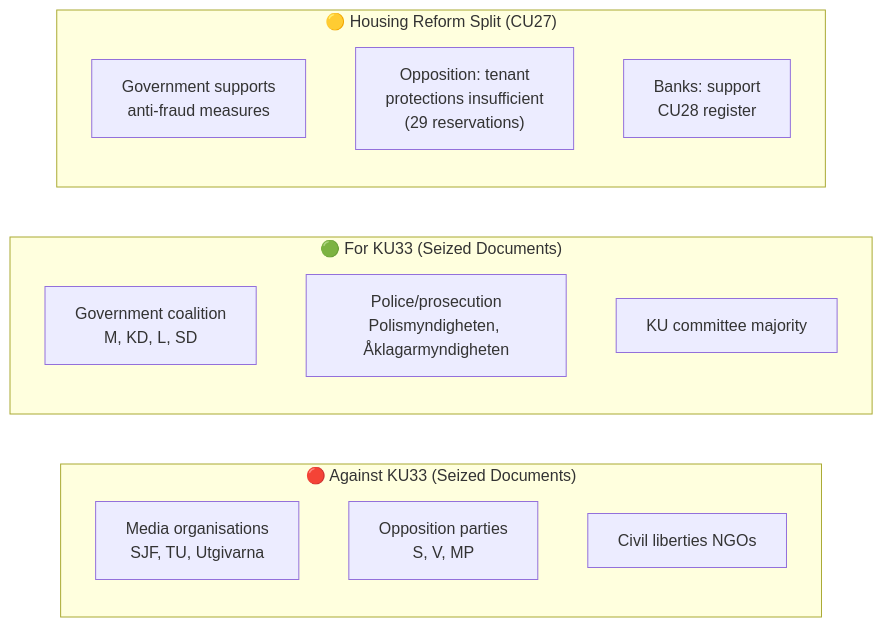
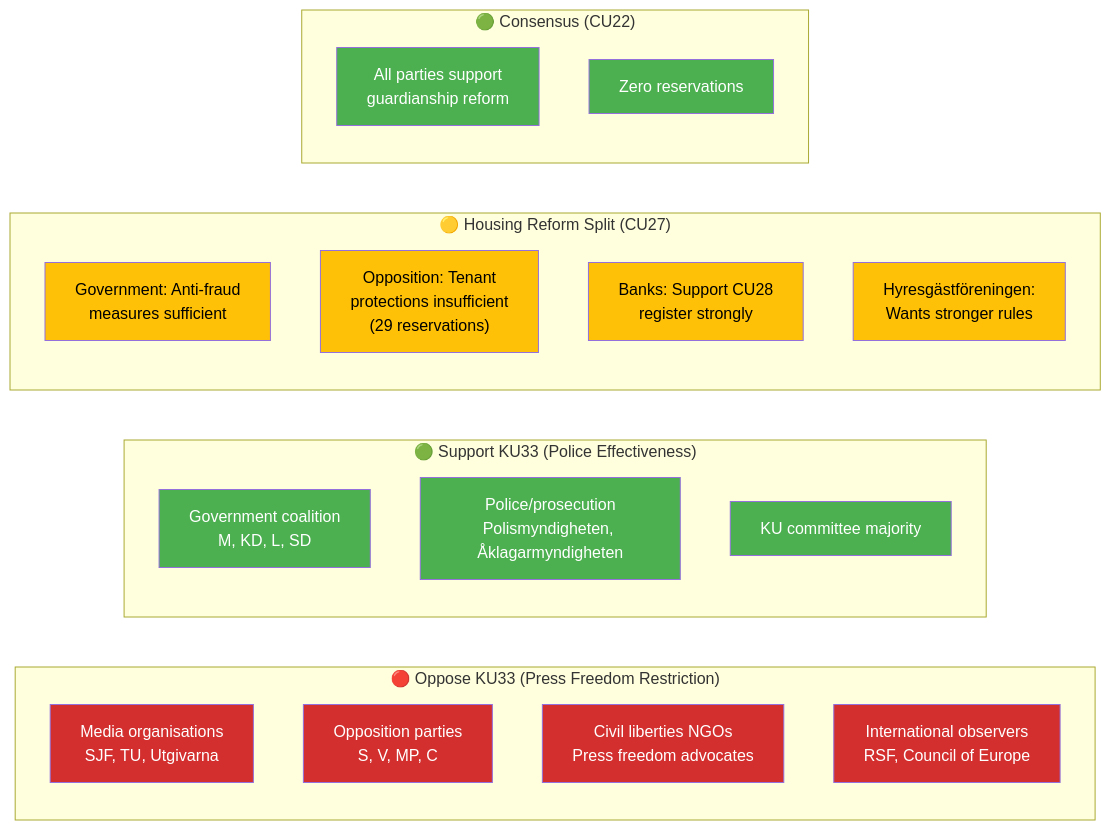
One commit to Hack23/riksdagsmonitor changed the third of 3 diagrams in analysis/daily/2026-04-20/committeeReports/stakeholder-perspectives.md. Above: the diagram before and after it, drawn with Mermaid. The commit also changed other lines of this file and 14 other files, not shown here.

````diff
--- a/analysis/daily/2026-04-20/committeeReports/stakeholder-perspectives.md
+++ b/analysis/daily/2026-04-20/committeeReports/stakeholder-perspectives.md
@@ -67,18 +308,41 @@
 ```mermaid
 graph LR
-    subgraph "🔴 Against KU33 (Seized Documents)"
+    subgraph "🔴 Oppose KU33 (Press Freedom Restriction)"
         A1["Media organisations<br/>SJF, TU, Utgivarna"]
-        A2["Opposition parties<br/>S, V, MP"]
-        A3["Civil liberties NGOs"]
+        A2["Opposition parties<br/>S, V, MP, C"]
+        A3["Civil liberties NGOs<br/>Press freedom advocates"]
+        A4["International observers<br/>RSF, Council of Europe"]
     end
-    subgraph "🟢 For KU33 (Seized Documents)"
+    
+    subgraph "🟢 Support KU33 (Police Effectiveness)"
         B1["Government coalition<br/>M, KD, L, SD"]
         B2["Police/prosecution<br/>Polismyndigheten, Åklagarmyndigheten"]
         B3["KU committee majority"]
     end
+    
     subgraph "🟡 Housing Reform Split (CU27)"
-        C1["Government supports<br/>anti-fraud measures"]
-        C2["Opposition: tenant<br/>protections insufficient<br/>(29 reservations)"]
-        C3["Banks: support<br/>CU28 register"]
+        C1["Government: Anti-fraud<br/>measures sufficient"]
+        C2["Opposition: Tenant<br/>protections insufficient<br/>(29 reservations)"]
+        C3["Banks: Support CU28<br/>register strongly"]
+        C4["Hyresgästföreningen:<br/>Wants stronger rules"]
     end
+    
+    subgraph "🟢 Consensus (CU22)"
+        D1["All parties support<br/>guardianship reform"]
+        D2["Zero reservations"]
+    end
+
+    style A1 fill:#D32F2F,color:#FFFFFF
+    style A2 fill:#D32F2F,color:#FFFFFF
+    style A3 fill:#D32F2F,color:#FFFFFF
+    style A4 fill:#D32F2F,color:#FFFFFF
+    style B1 fill:#4CAF50,color:#FFFFFF
+    style B2 fill:#4CAF50,color:#FFFFFF
+    style B3 fill:#4CAF50,color:#FFFFFF
+    style C1 fill:#FFC107,color:#000000
+    style C2 fill:#FFC107,color:#000000
+    style C3 fill:#FFC107,color:#000000
+    style C4 fill:#FFC107,color:#000000
+    style D1 fill:#4CAF50,color:#FFFFFF
+    style D2 fill:#4CAF50,color:#FFFFFF
 ```
````
